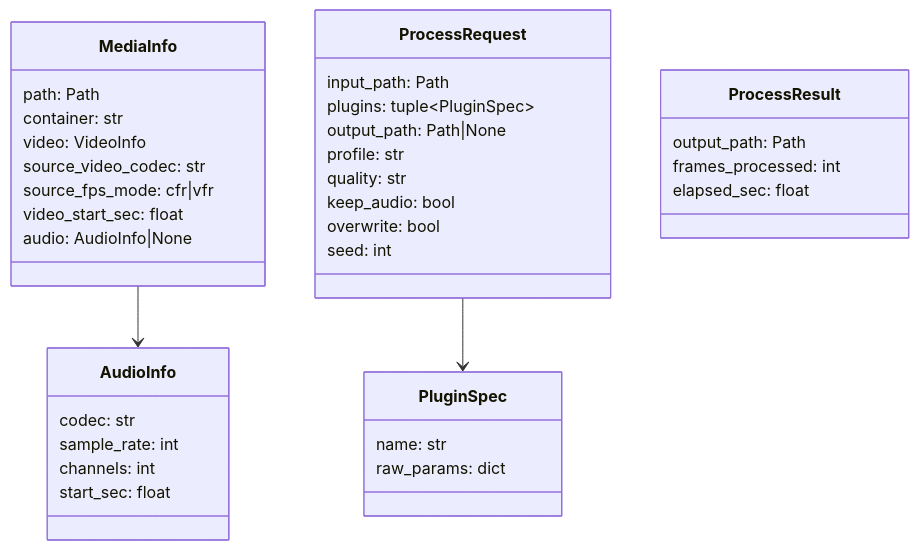
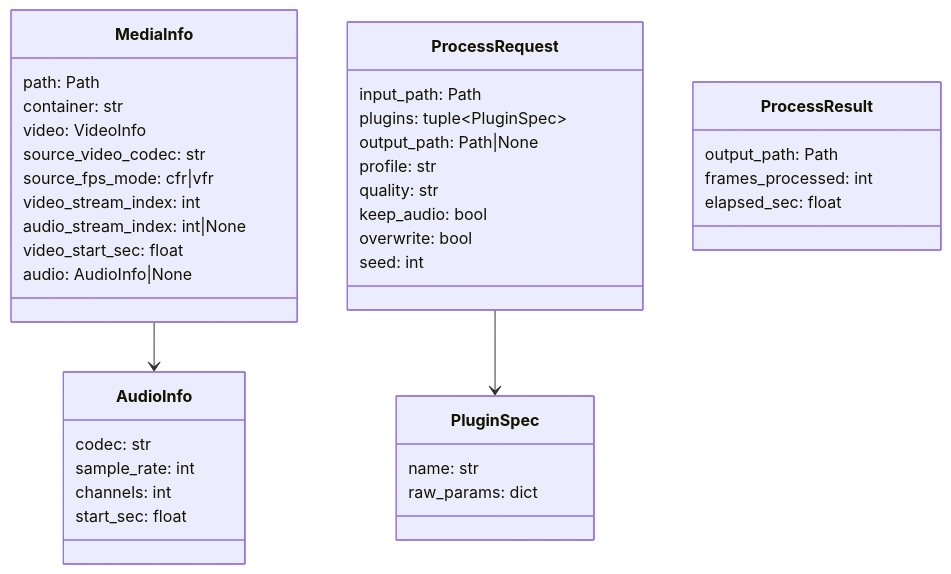
One commit to himayah/MovieFilter changed the third of 10 diagrams in docs/detailed_design.md. Above: the diagram before and after it, drawn with Mermaid. The commit also changed other lines of this file and 38 other files, not shown here.

````diff
--- a/docs/detailed_design.md
+++ b/docs/detailed_design.md
@@ -265,39 +280,41 @@
 ```mermaid
 classDiagram
     class MediaInfo {
         path: Path
         container: str
         video: VideoInfo
         source_video_codec: str
         source_fps_mode: cfr|vfr
+        video_stream_index: int
+        audio_stream_index: int|None
         video_start_sec: float
         audio: AudioInfo|None
     }
     class AudioInfo {
         codec: str
         sample_rate: int
         channels: int
         start_sec: float
     }
     class PluginSpec {
         name: str
         raw_params: dict
     }
     class ProcessRequest {
         input_path: Path
         plugins: tuple~PluginSpec~
         output_path: Path|None
         profile: str
         quality: str
         keep_audio: bool
         overwrite: bool
         seed: int
     }
     class ProcessResult {
         output_path: Path
         frames_processed: int
         elapsed_sec: float
     }
     MediaInfo --> AudioInfo
     ProcessRequest --> PluginSpec
 ```
````
